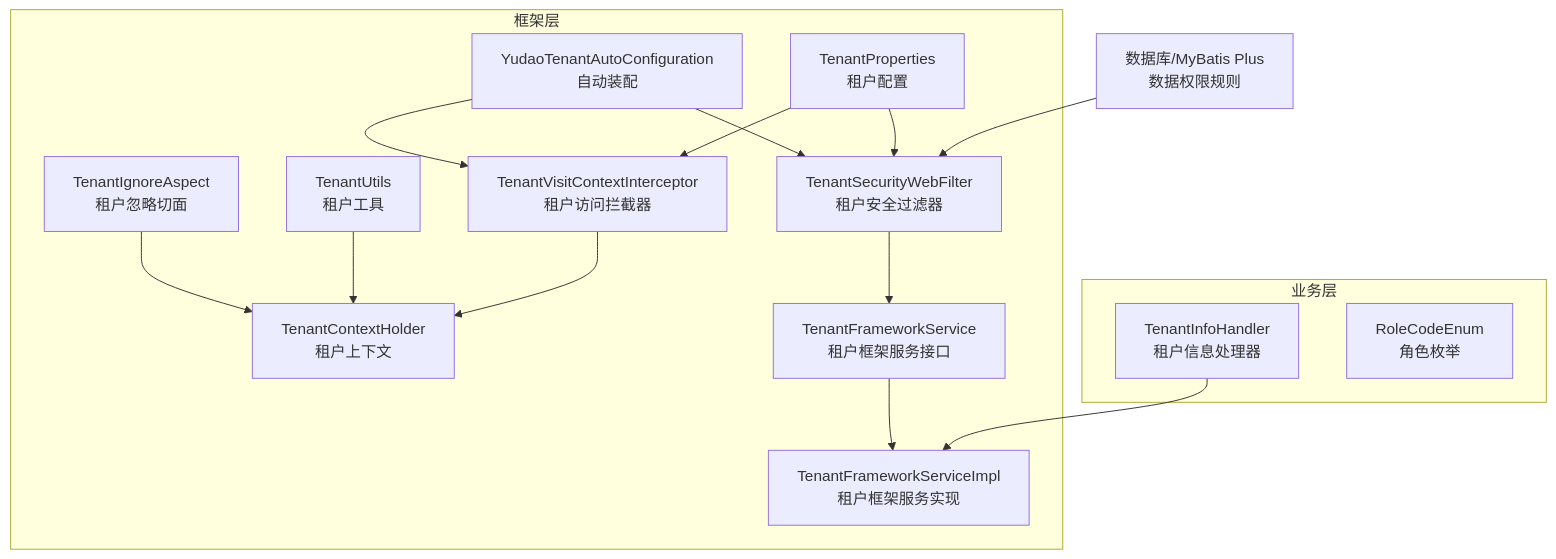
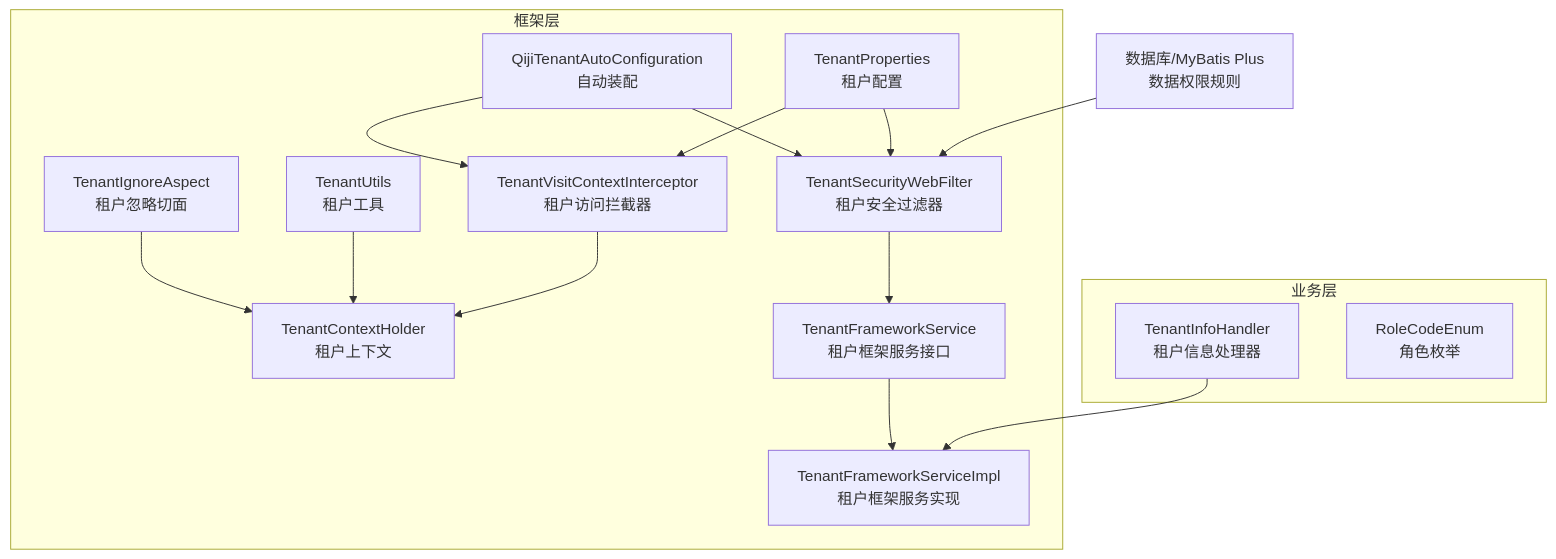
The first of 8 diagrams in backend/.qoder/repowiki/zh/content/安全与权限/多租户安全.md (zhuangpengLI/AgenticCPS), drawn with Mermaid before and after one commit. The commit also changed other lines of this file and 3489 other files, not shown here.

````diff
--- a/backend/.qoder/repowiki/zh/content/安全与权限/多租户安全.md
+++ b/backend/.qoder/repowiki/zh/content/安全与权限/多租户安全.md
@@ -47,30 +47,30 @@
 ```mermaid
 graph TB
 subgraph "框架层"
 A["TenantContextHolder<br/>租户上下文"]
 B["TenantUtils<br/>租户工具"]
 C["TenantIgnoreAspect<br/>租户忽略切面"]
 D["TenantSecurityWebFilter<br/>租户安全过滤器"]
 E["TenantVisitContextInterceptor<br/>租户访问拦截器"]
-F["YudaoTenantAutoConfiguration<br/>自动装配"]
+F["QijiTenantAutoConfiguration<br/>自动装配"]
 G["TenantProperties<br/>租户配置"]
 H["TenantFrameworkService<br/>租户框架服务接口"]
 I["TenantFrameworkServiceImpl<br/>租户框架服务实现"]
 end
 subgraph "业务层"
 J["TenantInfoHandler<br/>租户信息处理器"]
 K["RoleCodeEnum<br/>角色枚举"]
 end
 L["数据库/MyBatis Plus<br/>数据权限规则"]
 F --> D
 F --> E
 D --> H
 H --> I
 C --> A
 B --> A
 E --> A
 G --> D
 G --> E
 J --> I
 L --> D
 ```
````
